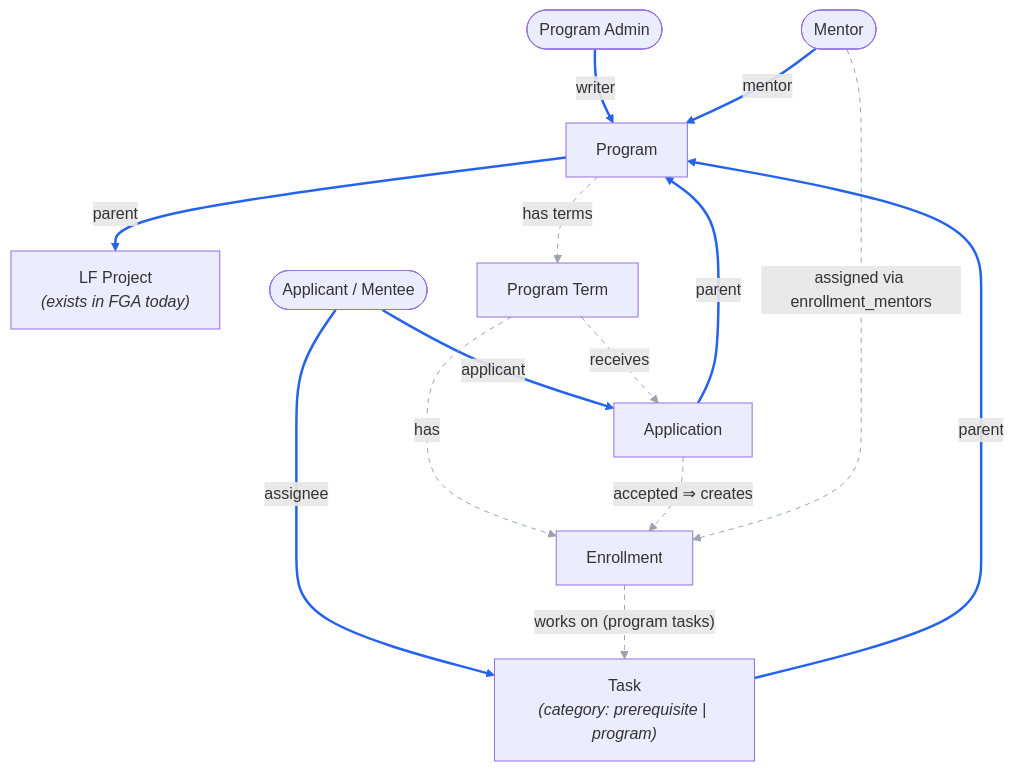
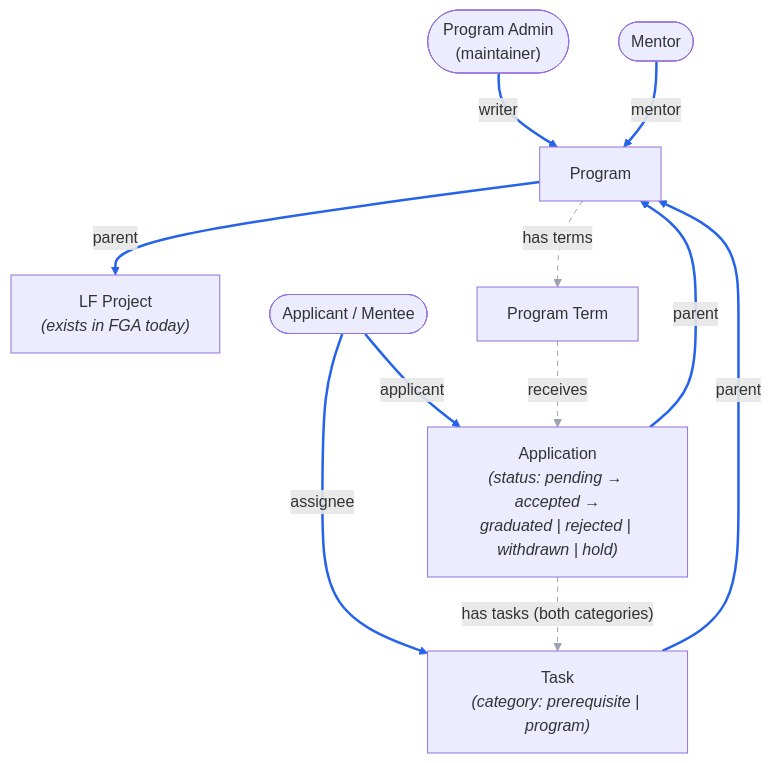
The diagram in docs/rewrite/04-authorization-model.md (linuxfoundation/lfx-mentorship), drawn with Mermaid before and after one commit. The commit also changed other lines of this file, not shown here.

Commit message:
docs(rewrite): correct 04 model to legacy reality — no enrollment entity
Verified against jobspring: the application is the lifecycle object
(one project-members row, memberType apprentice, status pending ->
accepted -> graduated), and mentors relate to the program, not to
individual mentees (mentee "mentors" are cron-denormalized program
mentors).

- Remove the invented Enrollment node and enrollment_mentors edge
- Tasks: structural parent = application (Postgres), FGA parent =
  program (reviewers hold relations there)
- Clarify edge labels are FGA relation names, not intermediate hops
- Lifecycle table: acceptance/graduation are status changes only

````diff
--- a/docs/rewrite/04-authorization-model.md
+++ b/docs/rewrite/04-authorization-model.md
@@ -25,30 +25,26 @@
 ```mermaid
 flowchart TB
     PROJECT["LF Project<br/><i>(exists in FGA today)</i>"]
     PROGRAM["Program"]
     TERM["Program Term"]
-    APP["Application"]
-    ENR["Enrollment"]
+    APP["Application<br/><i>(status: pending → accepted →<br/>graduated | rejected | withdrawn | hold)</i>"]
     TASK["Task<br/><i>(category: prerequisite | program)</i>"]
-    ADMIN(["Program Admin"])
+    ADMIN(["Program Admin<br/>(maintainer)"])
     MENTOR(["Mentor"])
     MENTEE(["Applicant / Mentee"])
 
     PROGRAM ==>|"parent"| PROJECT
     ADMIN ==>|"writer"| PROGRAM
     MENTOR ==>|"mentor"| PROGRAM
     APP ==>|"parent"| PROGRAM
     MENTEE ==>|"applicant"| APP
     TASK ==>|"parent"| PROGRAM
     MENTEE ==>|"assignee"| TASK
 
     PROGRAM -.->|"has terms"| TERM
     TERM -.->|"receives"| APP
-    TERM -.->|"has"| ENR
-    APP -.->|"accepted ⇒ creates"| ENR
-    ENR -.->|"works on (program tasks)"| TASK
-    MENTOR -.->|"assigned via enrollment_mentors"| ENR
+    APP -.->|"has tasks (both categories)"| TASK
 
     linkStyle 0,1,2,3,4,5,6 stroke:#2563eb,stroke-width:2.5px
-    linkStyle 7,8,9,10,11,12 stroke:#9ca3af,stroke-dasharray:5 5
+    linkStyle 7,8,9 stroke:#9ca3af,stroke-dasharray:5 5
 ```
````
